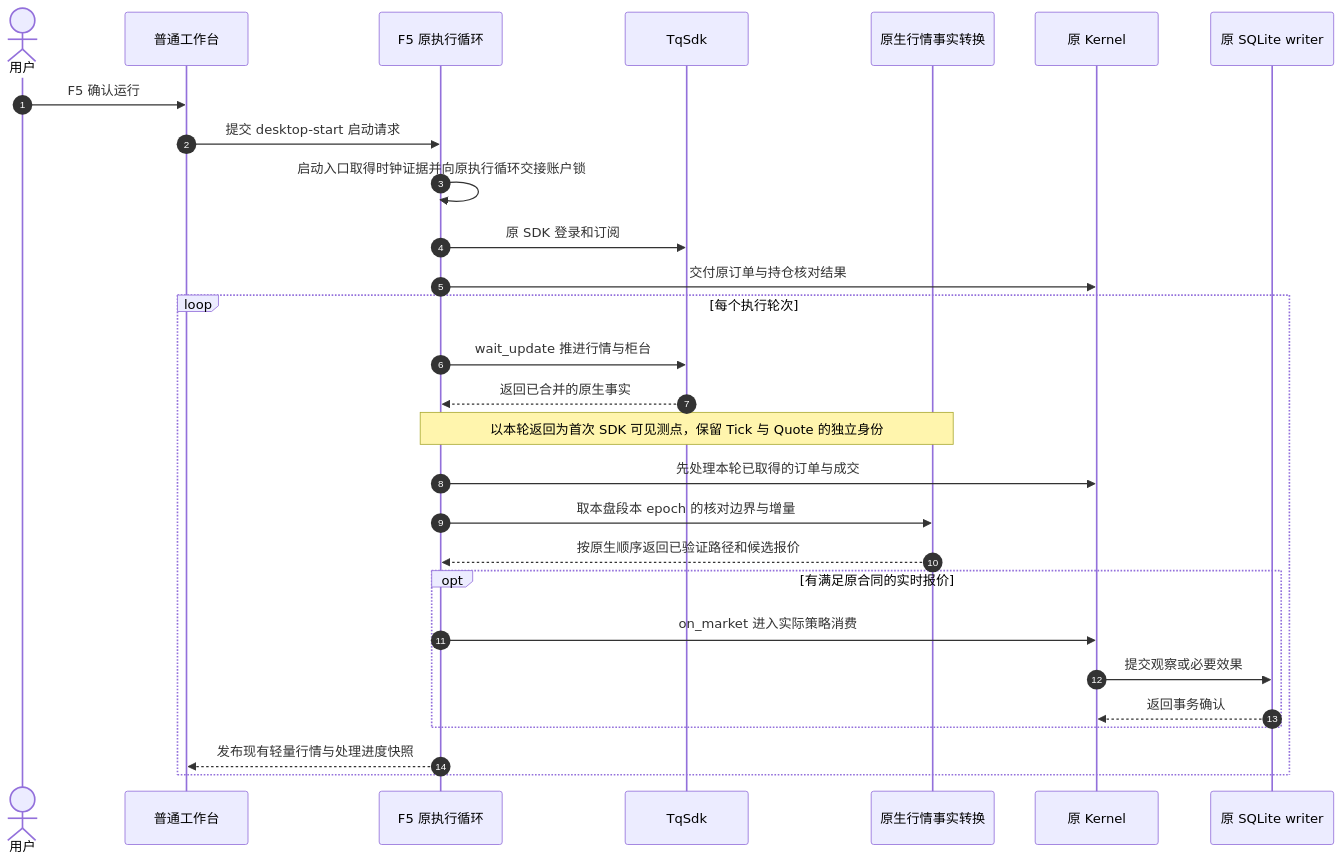
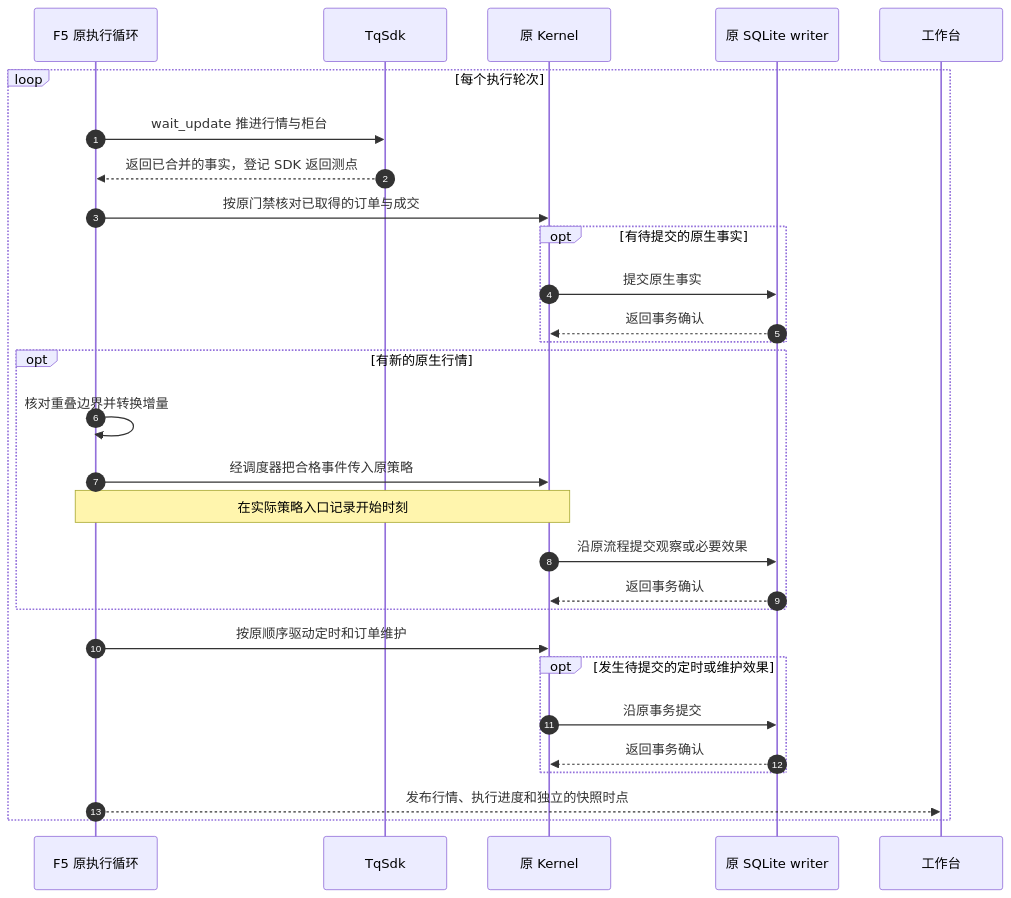
The third of 8 diagrams in docs/clock-market-data-stability-implementation-plan-20261118.md (Yoruto/OnlineTrader), drawn with Mermaid before and after one commit. The commit also changed other lines of this file, not shown here.

````diff
--- a/docs/clock-market-data-stability-implementation-plan-20261118.md
+++ b/docs/clock-market-data-stability-implementation-plan-20261118.md
@@ -65,30 +99,31 @@
 ```mermaid
 sequenceDiagram
     autonumber
-    actor U as 用户
-    participant W as 普通工作台
     participant O as F5 原执行循环
     participant S as TqSdk
-    participant F as 原生行情事实转换
     participant K as 原 Kernel
     participant D as 原 SQLite writer
-    U->>W: F5 确认运行
-    W->>O: 提交 desktop-start 启动请求
-    O->>O: 启动入口取得时钟证据并向原执行循环交接账户锁
-    O->>S: 原 SDK 登录和订阅
-    O->>K: 交付原订单与持仓核对结果
+    participant W as 工作台
     loop 每个执行轮次
         O->>S: wait_update 推进行情与柜台
-        S-->>O: 返回已合并的原生事实
-        Note over O,F: 以本轮返回为首次 SDK 可见测点，保留 Tick 与 Quote 的独立身份
-        O->>K: 先处理本轮已取得的订单与成交
-        O->>F: 取本盘段本 epoch 的核对边界与增量
-        F-->>O: 按原生顺序返回已验证路径和候选报价
-        opt 有满足原合同的实时报价
-            O->>K: on_market 进入实际策略消费
-            K->>D: 提交观察或必要效果
+        S-->>O: 返回已合并的事实，登记 SDK 返回测点
+        O->>K: 按原门禁核对已取得的订单与成交
+        opt 有待提交的原生事实
+            K->>D: 提交原生事实
             D-->>K: 返回事务确认
         end
-        O-->>W: 发布现有轻量行情与处理进度快照
+        opt 有新的原生行情
+            O->>O: 核对重叠边界并转换增量
+            O->>K: 经调度器把合格事件传入原策略
+            Note over O,K: 在实际策略入口记录开始时刻
+            K->>D: 沿原流程提交观察或必要效果
+            D-->>K: 返回事务确认
+        end
+        O->>K: 按原顺序驱动定时和订单维护
+        opt 发生待提交的定时或维护效果
+            K->>D: 沿原事务提交
+            D-->>K: 返回事务确认
+        end
+        O-->>W: 发布行情、执行进度和独立的快照时点
     end
 ```
````
